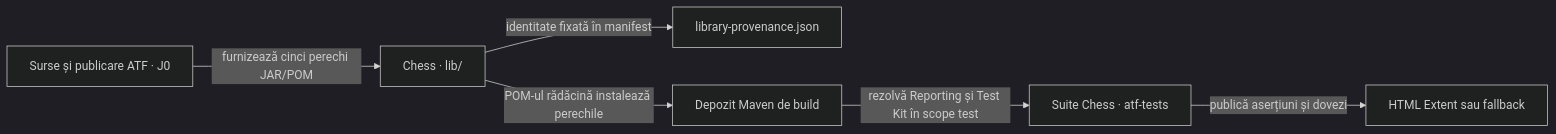
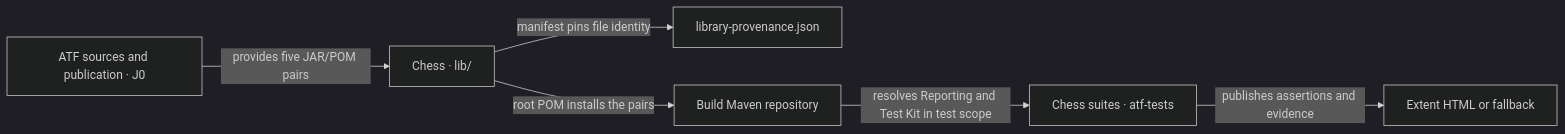
Before and after one commit to crististefanita/atf_j7: the diagram in lib/README.md, drawn with Mermaid (dark theme). The commit also changed other lines of this file and 30 other files, not shown here.

````diff
--- a/lib/README.md
+++ b/lib/README.md
@@ -8,8 +8,8 @@
 ```mermaid
 flowchart LR
-    J0["Surse și publicare ATF · J0"] -->|furnizează cinci perechi JAR/POM| Lib["Chess · lib/"]
-    Lib -->|identitate fixată în manifest| Provenance["library-provenance.json"]
-    Lib -->|POM-ul rădăcină instalează perechile| Maven["Depozit Maven de build"]
-    Maven -->|rezolvă Reporting și Test Kit în scope test| Suite["Suite Chess · atf-tests"]
-    Suite -->|publică aserțiuni și dovezi| Extent["HTML Extent sau fallback"]
+    J0["ATF sources and publication · J0"] -->|provides five JAR/POM pairs| Lib["Chess · lib/"]
+    Lib -->|manifest pins file identity| Provenance["library-provenance.json"]
+    Lib -->|root POM installs the pairs| Maven["Build Maven repository"]
+    Maven -->|resolves Reporting and Test Kit in test scope| Suite["Chess suites · atf-tests"]
+    Suite -->|publishes assertions and evidence| Extent["Extent HTML or fallback"]
 ```
````
